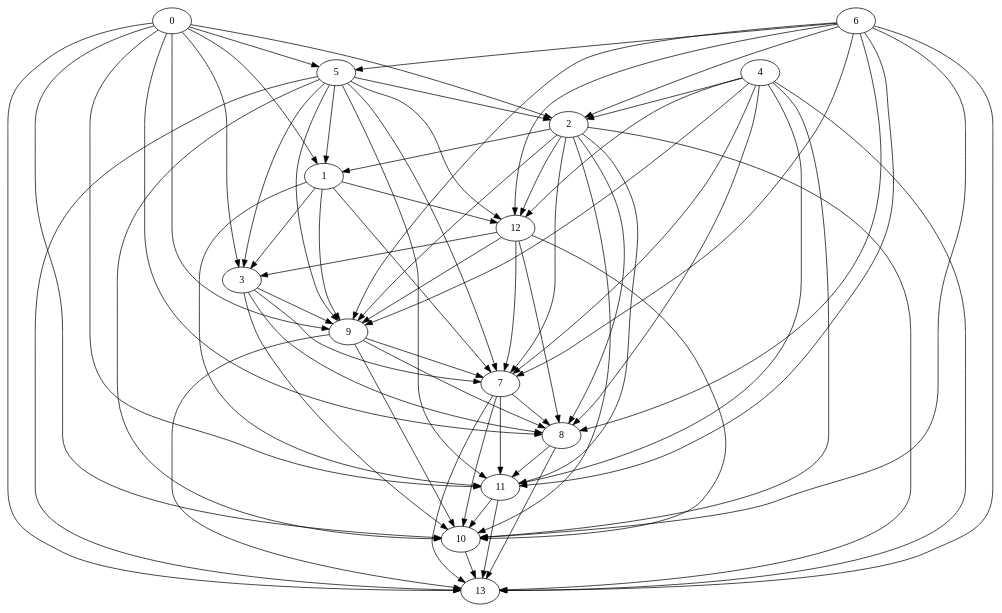
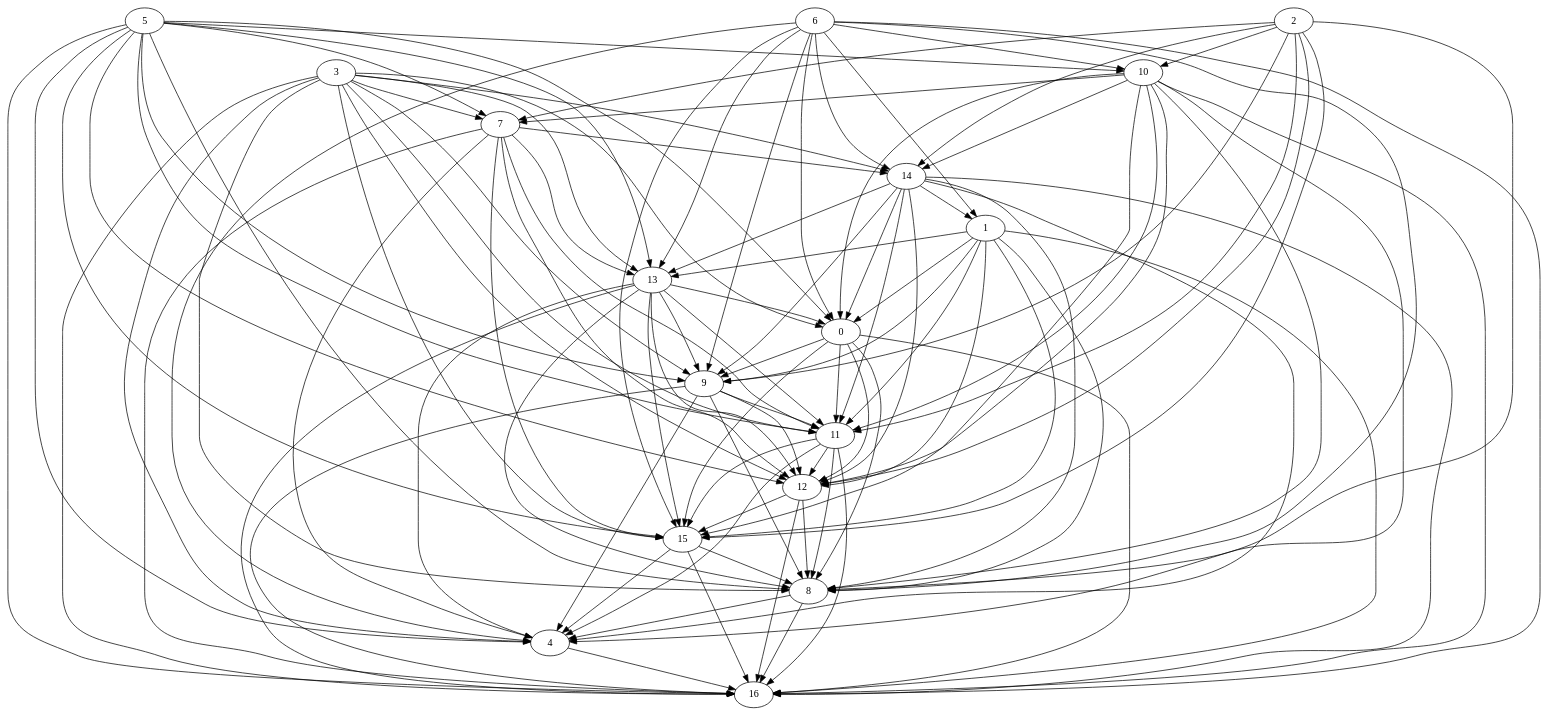
Before and after one commit to zsuh022/process-scheduler: the diagram in src/main/resources/dotfiles/input/Nodes_10_Random-output.dot, drawn with Graphviz. The commit also changed 6 other files, not shown here.

```diff
--- a/src/main/resources/dotfiles/input/Nodes_10_Random-output.dot
+++ b/src/main/resources/dotfiles/input/Nodes_10_Random-output.dot
@@ -1,86 +1,125 @@
 digraph {
-	"11" ["Start"=0,"Weight"=799,"Processor"=1];
-	"12" ["Start"=1728,"Weight"=831,"Processor"=1];
-	"13" ["Start"=1740,"Weight"=407,"Processor"=2];
-	"0" ["Start"=0,"Weight"=481,"Processor"=3];
-	"1" ["Start"=1311,"Weight"=178,"Processor"=3];
-	"2" ["Start"=1520,"Weight"=961,"Processor"=3];
-	"3" ["Start"=2559,"Weight"=666,"Processor"=1];
-	"4" ["Start"=0,"Weight"=572,"Processor"=4];
-	"5" ["Start"=1337,"Weight"=279,"Processor"=4];
-	"6" ["Start"=1616,"Weight"=471,"Processor"=4];
-	"7" ["Start"=3225,"Weight"=455,"Processor"=1];
-	"8" ["Start"=3680,"Weight"=729,"Processor"=1];
-	"9" ["Start"=3613,"Weight"=468,"Processor"=2];
-	"10" ["Start"=4468,"Weight"=535,"Processor"=2];
-	"0" -> "1" ["Weight"=786];
-	"0" -> "2" ["Weight"=959];
-	"0" -> "3" ["Weight"=403];
-	"4" -> "7" ["Weight"=423];
-	"4" -> "8" ["Weight"=540];
-	"0" -> "5" ["Weight"=856];
-	"4" -> "9" ["Weight"=888];
-	"0" -> "8" ["Weight"=122];
-	"0" -> "9" ["Weight"=191];
-	"1" -> "11" ["Weight"=570];
-	"1" -> "12" ["Weight"=568];
-	"3" -> "10" ["Weight"=384];
-	"5" -> "10" ["Weight"=813];
-	"5" -> "11" ["Weight"=216];
-	"5" -> "12" ["Weight"=629];
-	"7" -> "10" ["Weight"=788];
-	"10" -> "13" ["Weight"=643];
-	"5" -> "13" ["Weight"=895];
-	"7" -> "11" ["Weight"=118];
-	"12" -> "10" ["Weight"=839];
-	"9" -> "10" ["Weight"=627];
-	"7" -> "13" ["Weight"=786];
-	"9" -> "13" ["Weight"=704];
-	"5" -> "1" ["Weight"=569];
-	"5" -> "2" ["Weight"=373];
-	"5" -> "3" ["Weight"=325];
-	"9" -> "7" ["Weight"=242];
-	"9" -> "8" ["Weight"=326];
-	"1" -> "3" ["Weight"=629];
-	"5" -> "7" ["Weight"=691];
-	"5" -> "9" ["Weight"=952];
-	"1" -> "7" ["Weight"=467];
-	"1" -> "9" ["Weight"=151];
-	"11" -> "10" ["Weight"=368];
-	"12" -> "3" ["Weight"=496];
-	"12" -> "7" ["Weight"=379];
-	"12" -> "8" ["Weight"=516];
-	"12" -> "9" ["Weight"=903];
-	"6" -> "2" ["Weight"=376];
-	"2" -> "1" ["Weight"=350];
-	"6" -> "5" ["Weight"=451];
-	"6" -> "7" ["Weight"=227];
-	"6" -> "8" ["Weight"=453];
-	"6" -> "9" ["Weight"=145];
-	"2" -> "7" ["Weight"=638];
-	"2" -> "8" ["Weight"=357];
-	"2" -> "9" ["Weight"=870];
-	"0" -> "10" ["Weight"=237];
-	"0" -> "11" ["Weight"=816];
-	"2" -> "10" ["Weight"=987];
-	"0" -> "13" ["Weight"=946];
-	"2" -> "11" ["Weight"=537];
-	"2" -> "12" ["Weight"=767];
-	"4" -> "10" ["Weight"=344];
-	"2" -> "13" ["Weight"=779];
-	"4" -> "11" ["Weight"=724];
-	"4" -> "12" ["Weight"=973];
-	"6" -> "10" ["Weight"=801];
-	"11" -> "13" ["Weight"=350];
-	"4" -> "13" ["Weight"=704];
-	"6" -> "11" ["Weight"=369];
-	"6" -> "12" ["Weight"=558];
-	"6" -> "13" ["Weight"=341];
-	"8" -> "11" ["Weight"=341];
-	"8" -> "13" ["Weight"=259];
-	"7" -> "8" ["Weight"=198];
-	"3" -> "7" ["Weight"=663];
-	"3" -> "8" ["Weight"=620];
-	"3" -> "9" ["Weight"=388];
-	"4" -> "2" ["Weight"=948];
+	"11" ["Start"=0,"Weight"=173,"Processor"=1];
+	"12" ["Start"=1883,"Weight"=623,"Processor"=1];
+	"13" ["Start"=1832,"Weight"=344,"Processor"=2];
+	"14" ["Start"=1881,"Weight"=527,"Processor"=3];
+	"15" ["Start"=2634,"Weight"=778,"Processor"=1];
+	"16" ["Start"=3412,"Weight"=379,"Processor"=1];
+	"0" ["Start"=3012,"Weight"=999,"Processor"=3];
+	"1" ["Start"=3326,"Weight"=532,"Processor"=2];
+	"2" ["Start"=0,"Weight"=888,"Processor"=4];
+	"3" ["Start"=888,"Weight"=884,"Processor"=4];
+	"4" ["Start"=3791,"Weight"=183,"Processor"=1];
+	"5" ["Start"=1772,"Weight"=920,"Processor"=4];
+	"6" ["Start"=2692,"Weight"=992,"Processor"=4];
+	"7" ["Start"=3684,"Weight"=466,"Processor"=4];
+	"8" ["Start"=4699,"Weight"=346,"Processor"=3];
+	"9" ["Start"=4305,"Weight"=751,"Processor"=2];
+	"10" ["Start"=4150,"Weight"=699,"Processor"=4];
+	"0" -> "8" ["Weight"=975];
+	"0" -> "9" ["Weight"=294];
+	"1" -> "11" ["Weight"=521];
+	"12" -> "16" ["Weight"=327];
+	"1" -> "12" ["Weight"=207];
+	"12" -> "15" ["Weight"=901];
+	"1" -> "13" ["Weight"=609];
+	"5" -> "10" ["Weight"=539];
+	"11" -> "4" ["Weight"=339];
+	"1" -> "15" ["Weight"=945];
+	"5" -> "11" ["Weight"=690];
+	"1" -> "16" ["Weight"=996];
+	"5" -> "12" ["Weight"=481];
+	"5" -> "13" ["Weight"=242];
+	"11" -> "8" ["Weight"=596];
+	"5" -> "15" ["Weight"=697];
+	"9" -> "11" ["Weight"=653];
+	"5" -> "16" ["Weight"=798];
+	"9" -> "12" ["Weight"=231];
+	"9" -> "4" ["Weight"=476];
+	"9" -> "16" ["Weight"=112];
+	"1" -> "0" ["Weight"=851];
+	"9" -> "8" ["Weight"=544];
+	"1" -> "8" ["Weight"=841];
+	"1" -> "9" ["Weight"=632];
+	"12" -> "8" ["Weight"=474];
+	"2" -> "7" ["Weight"=539];
+	"2" -> "8" ["Weight"=925];
+	"2" -> "9" ["Weight"=193];
+	"13" -> "0" ["Weight"=836];
+	"0" -> "11" ["Weight"=892];
+	"0" -> "12" ["Weight"=599];
+	"11" -> "16" ["Weight"=788];
+	"13" -> "4" ["Weight"=814];
+	"11" -> "15" ["Weight"=967];
+	"0" -> "15" ["Weight"=805];
+	"0" -> "16" ["Weight"=645];
+	"11" -> "12" ["Weight"=494];
+	"13" -> "8" ["Weight"=198];
+	"13" -> "9" ["Weight"=525];
+	"4" -> "16" ["Weight"=439];
+	"3" -> "0" ["Weight"=602];
+	"8" -> "16" ["Weight"=709];
+	"15" -> "16" ["Weight"=544];
+	"3" -> "4" ["Weight"=423];
+	"3" -> "7" ["Weight"=633];
+	"3" -> "8" ["Weight"=400];
+	"3" -> "9" ["Weight"=617];
+	"10" -> "11" ["Weight"=620];
+	"14" -> "0" ["Weight"=900];
+	"14" -> "1" ["Weight"=918];
+	"14" -> "4" ["Weight"=747];
+	"14" -> "8" ["Weight"=375];
+	"14" -> "9" ["Weight"=340];
+	"15" -> "4" ["Weight"=817];
+	"14" -> "13" ["Weight"=550];
+	"3" -> "11" ["Weight"=785];
+	"10" -> "16" ["Weight"=814];
+	"14" -> "12" ["Weight"=246];
+	"3" -> "12" ["Weight"=999];
+	"10" -> "15" ["Weight"=953];
+	"14" -> "11" ["Weight"=305];
+	"15" -> "8" ["Weight"=136];
+	"3" -> "13" ["Weight"=758];
+	"10" -> "14" ["Weight"=536];
+	"3" -> "14" ["Weight"=203];
+	"3" -> "15" ["Weight"=945];
+	"7" -> "11" ["Weight"=181];
+	"10" -> "12" ["Weight"=995];
+	"3" -> "16" ["Weight"=512];
+	"7" -> "12" ["Weight"=680];
+	"7" -> "13" ["Weight"=573];
+	"7" -> "14" ["Weight"=884];
+	"5" -> "0" ["Weight"=778];
+	"7" -> "15" ["Weight"=672];
+	"7" -> "16" ["Weight"=138];
+	"5" -> "4" ["Weight"=793];
+	"14" -> "16" ["Weight"=439];
+	"5" -> "7" ["Weight"=215];
+	"5" -> "8" ["Weight"=424];
+	"5" -> "9" ["Weight"=548];
+	"6" -> "0" ["Weight"=242];
+	"6" -> "1" ["Weight"=607];
+	"6" -> "4" ["Weight"=690];
+	"6" -> "8" ["Weight"=224];
+	"6" -> "9" ["Weight"=610];
+	"13" -> "16" ["Weight"=819];
+	"2" -> "10" ["Weight"=123];
+	"13" -> "15" ["Weight"=458];
+	"2" -> "11" ["Weight"=170];
+	"2" -> "12" ["Weight"=964];
+	"13" -> "12" ["Weight"=927];
+	"2" -> "14" ["Weight"=326];
+	"6" -> "10" ["Weight"=738];
+	"13" -> "11" ["Weight"=359];
+	"2" -> "15" ["Weight"=784];
+	"6" -> "13" ["Weight"=840];
+	"6" -> "14" ["Weight"=889];
+	"6" -> "15" ["Weight"=153];
+	"6" -> "16" ["Weight"=464];
+	"7" -> "4" ["Weight"=251];
+	"10" -> "0" ["Weight"=410];
+	"10" -> "4" ["Weight"=232];
+	"10" -> "7" ["Weight"=128];
+	"10" -> "8" ["Weight"=360];
+	"8" -> "4" ["Weight"=949];
 }
```
